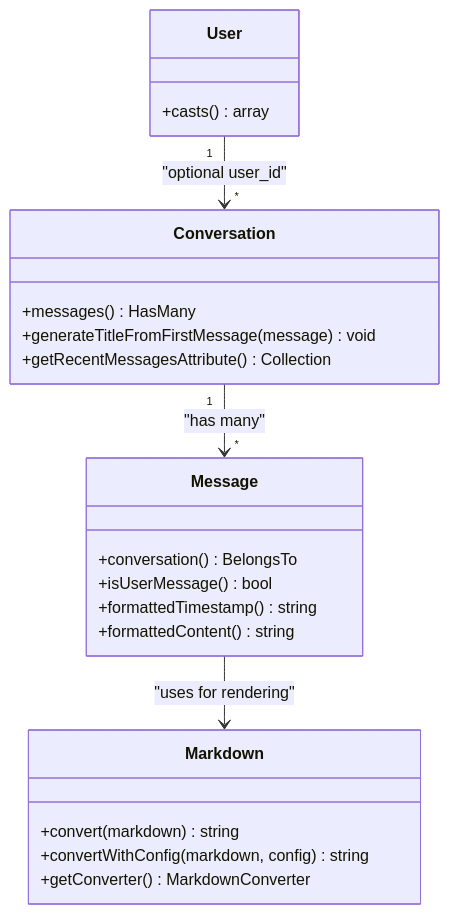
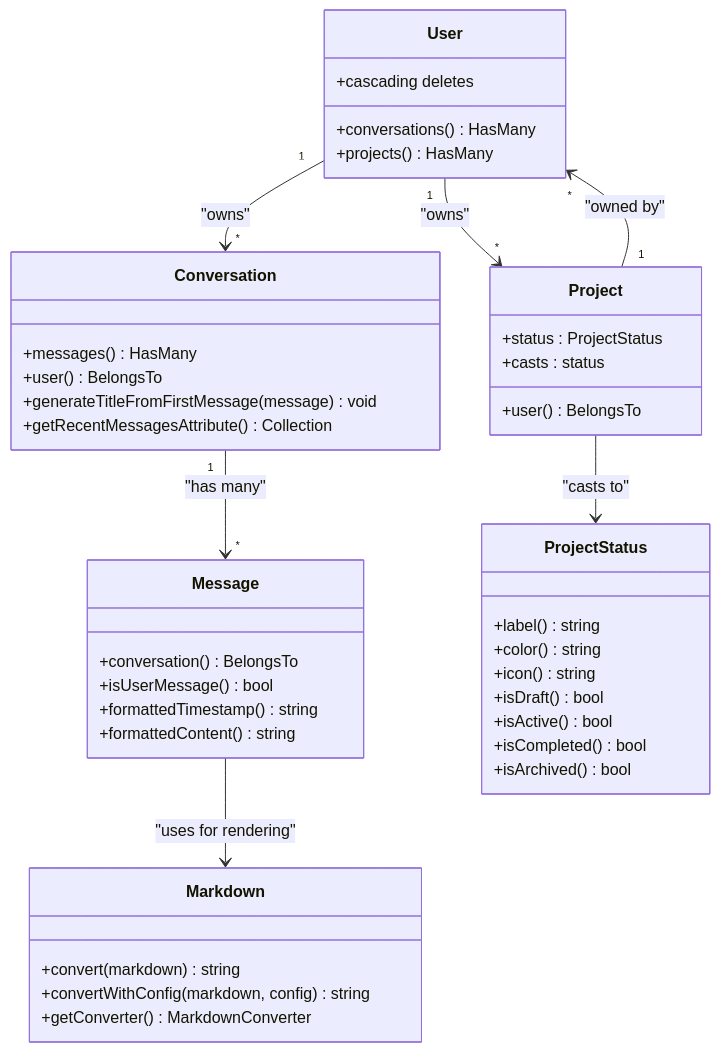
One commit to siimliimand/laravel-assistant changed the second of 6 diagrams in .qoder/repowiki/en/content/Laravel Application Components/Models.md. Above: the diagram before and after it, drawn with Mermaid. The commit also changed other lines of this file and 6 other files, not shown here.

First line of the commit message:
feat(database): add project management schema with ownership and status tracking

````diff
--- a/.qoder/repowiki/en/content/Laravel Application Components/Models.md
+++ b/.qoder/repowiki/en/content/Laravel Application Components/Models.md
@@ -155,25 +219,45 @@
 ```mermaid
 classDiagram
 class User {
-+casts() array
++conversations() HasMany
++projects() HasMany
++cascading deletes
+}
+class Project {
++user() BelongsTo
++status : ProjectStatus
++casts : status
 }
 class Conversation {
 +messages() HasMany
++user() BelongsTo
 +generateTitleFromFirstMessage(message) void
 +getRecentMessagesAttribute() Collection
 }
 class Message {
 +conversation() BelongsTo
 +isUserMessage() bool
 +formattedTimestamp() string
 +formattedContent() string
 }
+class ProjectStatus {
++label() string
++color() string
++icon() string
++isDraft() bool
++isActive() bool
++isCompleted() bool
++isArchived() bool
+}
 class Markdown {
 +convert(markdown) string
 +convertWithConfig(markdown, config) string
 +getConverter() MarkdownConverter
 }
-User "1" --> "*" Conversation : "optional user_id"
+User "1" --> "*" Conversation : "owns"
+User "1" --> "*" Project : "owns"
+Project "1" --> "*" User : "owned by"
 Conversation "1" --> "*" Message : "has many"
 Message --> Markdown : "uses for rendering"
+Project --> ProjectStatus : "casts to"
 ```
````
